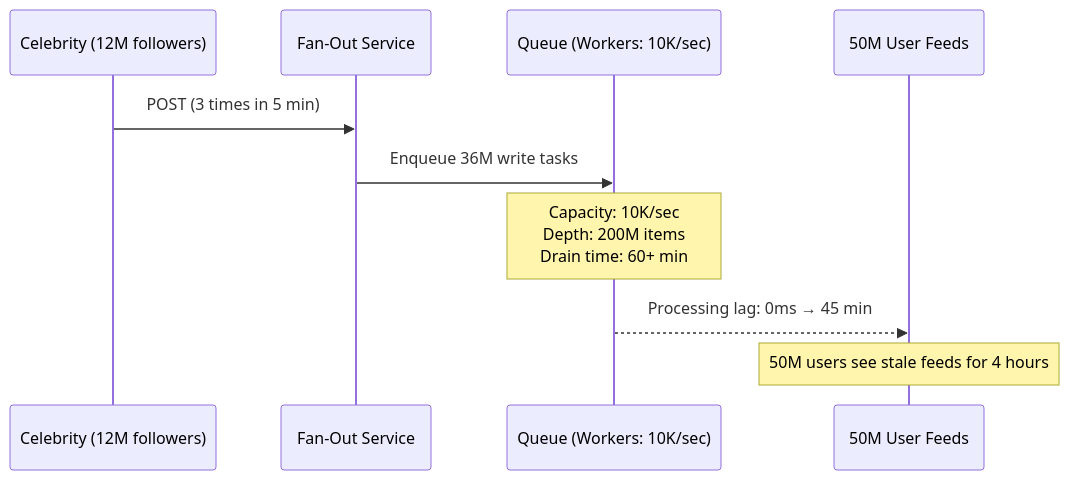
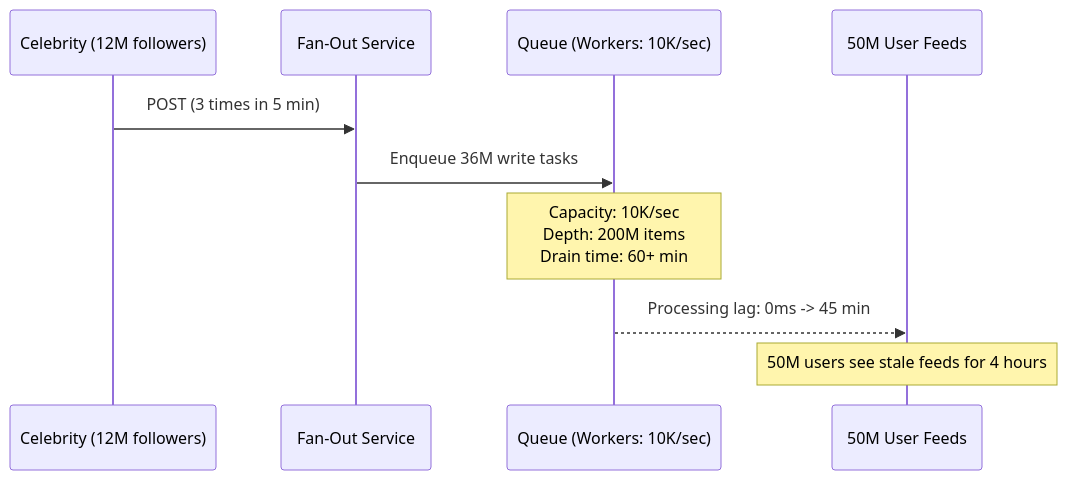
Before and after one commit to ranjeetnegi/System-Design-for-Staff-SWE: the third of 4 diagrams in Section2/Chapter_19_End_to_End_5_Phase_Framework.md, drawn with Mermaid. The commit also changed other lines of this file and 20 other files, not shown here.

````diff
--- a/Section2/Chapter_19_End_to_End_5_Phase_Framework.md
+++ b/Section2/Chapter_19_End_to_End_5_Phase_Framework.md
@@ -1827,13 +1827,13 @@
 ```mermaid
 sequenceDiagram
     participant Celebrity as Celebrity (12M followers)
     participant FanOut as Fan-Out Service
     participant Queue as Queue (Workers: 10K/sec)
     participant Feeds as 50M User Feeds
 
     Celebrity->>FanOut: POST (3 times in 5 min)
     FanOut->>Queue: Enqueue 36M write tasks
     Note over Queue: Capacity: 10K/sec<br/>Depth: 200M items<br/>Drain time: 60+ min
-    Queue-->>Feeds: Processing lag: 0ms → 45 min
+    Queue-->>Feeds: Processing lag: 0ms -> 45 min
     Note over Feeds: 50M users see stale feeds for 4 hours
 ```
````
